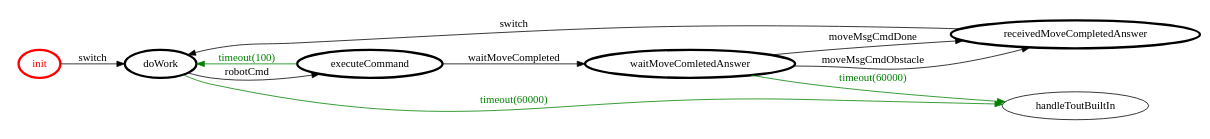
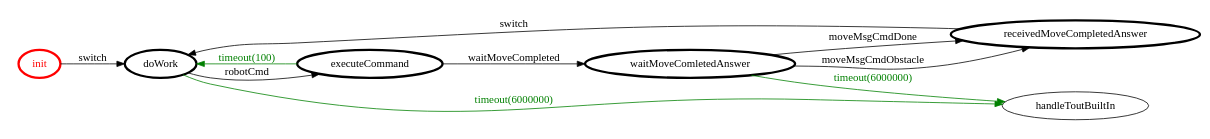
One commit to NiccoMlt/ISS-2018-Final-Task changed the diagram in project/srcMore/it/unibo/robot_advanced/robot_advanced.gv. Above: the diagram before and after it, drawn with Graphviz. The commit also changed 30 other files, not shown here.

```diff
--- a/project/srcMore/it/unibo/robot_advanced/robot_advanced.gv
+++ b/project/srcMore/it/unibo/robot_advanced/robot_advanced.gv
@@ -1,27 +1,27 @@
 /*
 *
 * A GraphViz DOT FSM description 
 * Please use a GraphViz visualizer (like http://www.webgraphviz.com)
 *  
 */
 
 digraph finite_state_machine {
 	rankdir=LR
 	size="8,5"
 	
 	init [ color = red ][ fontcolor = red ][ penwidth = 3 ]
 	doWork [ color = black ][ fontcolor = black ][ penwidth = 3 ]
 	waitMoveComletedAnswer [ color = black ][ fontcolor = black ][ penwidth = 3 ]
 	receivedMoveCompletedAnswer [ color = black ][ fontcolor = black ][ penwidth = 3 ]
 	executeCommand [ color = black ][ fontcolor = black ][ penwidth = 3 ]
 	
 	receivedMoveCompletedAnswer -> doWork [ label = "switch" ][ color = black ][ fontcolor = black ]
 	waitMoveComletedAnswer -> receivedMoveCompletedAnswer [ label = "moveMsgCmdDone" ][ color = black ][ fontcolor = black ]
 	waitMoveComletedAnswer -> receivedMoveCompletedAnswer [ label = "moveMsgCmdObstacle" ][ color = black ][ fontcolor = black ]
+	doWork -> handleToutBuiltIn [ label = "timeout(6000000)" ][ color = green ][ fontcolor = green ]
 	doWork -> executeCommand [ label = "robotCmd" ][ color = black ][ fontcolor = black ]
 	executeCommand -> waitMoveComletedAnswer [ label = "waitMoveCompleted" ][ color = black ][ fontcolor = black ]
-	doWork -> handleToutBuiltIn [ label = "timeout(60000)" ][ color = green ][ fontcolor = green ]
+	waitMoveComletedAnswer -> handleToutBuiltIn [ label = "timeout(6000000)" ][ color = green ][ fontcolor = green ]
 	init -> doWork [ label = "switch" ][ color = black ][ fontcolor = black ]
 	executeCommand -> doWork [ label = "timeout(100)" ][ color = green ][ fontcolor = green ]
-	waitMoveComletedAnswer -> handleToutBuiltIn [ label = "timeout(60000)" ][ color = green ][ fontcolor = green ]
 }
```
